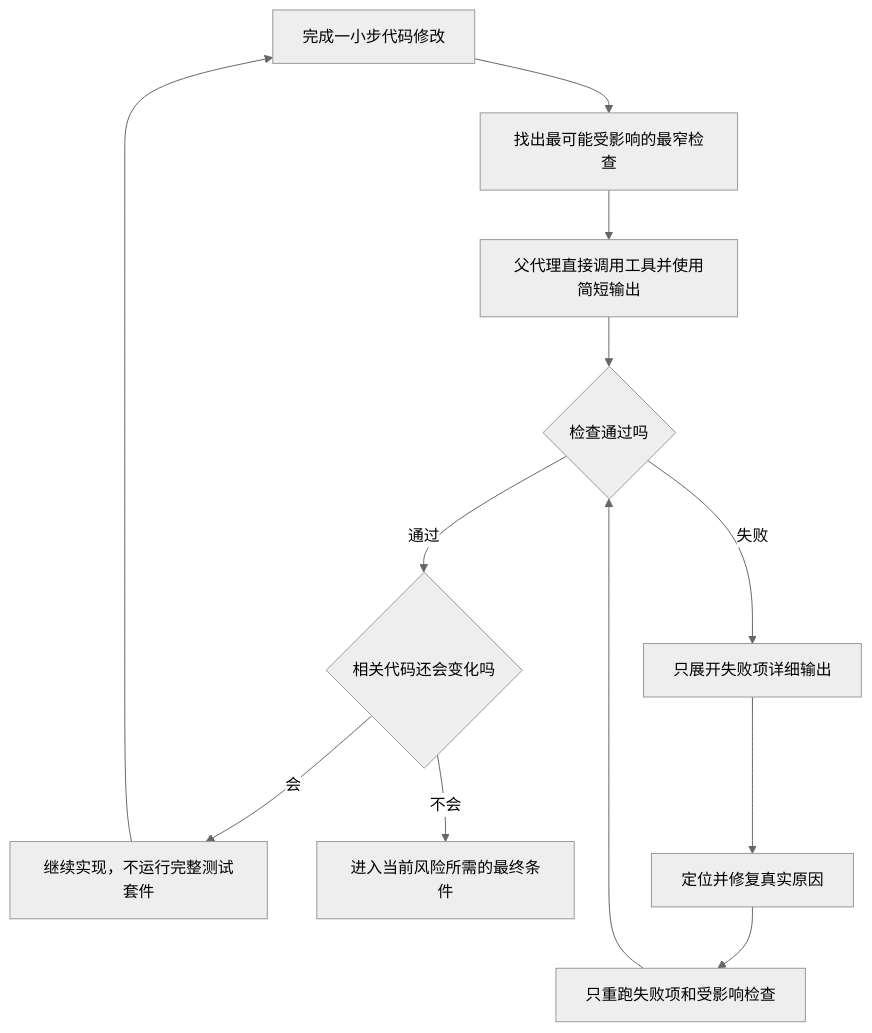
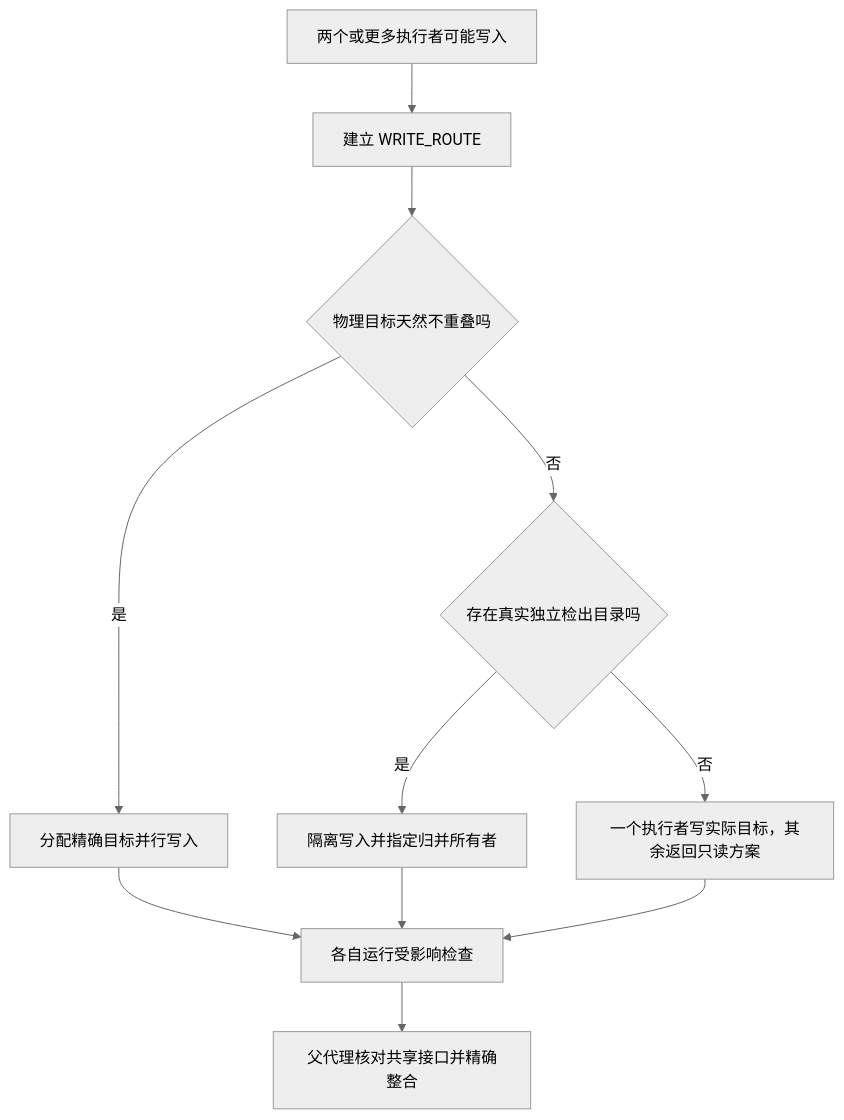
The seventh of 17 diagrams in skills/lean-stack/references/flowcharts-zh.md (Lang45/codex-lean-stack), drawn with Mermaid (neutral theme) before and after one commit. The commit also changed other lines of this file and 26 other files, not shown here.

````diff
--- a/skills/lean-stack/references/flowcharts-zh.md
+++ b/skills/lean-stack/references/flowcharts-zh.md
@@ -517,14 +163,13 @@
 ```mermaid
 flowchart TD
-    A[完成一小步代码修改] --> B[找出最可能受影响的最窄检查]
-    B --> C[父代理直接调用工具并使用简短输出]
-    C --> D{检查通过吗}
-    D -->|通过| E{相关代码还会变化吗}
-    E -->|会| F[继续实现，不运行完整测试套件]
-    F --> A
-    E -->|不会| G[进入当前风险所需的最终条件]
-    D -->|失败| H[只展开失败项详细输出]
-    H --> I[定位并修复真实原因]
-    I --> J[只重跑失败项和受影响检查]
-    J --> D
+    A[两个或更多执行者可能写入] --> B[建立 WRITE_ROUTE]
+    B --> C{物理目标天然不重叠吗}
+    C -->|是| D[分配精确目标并行写入]
+    C -->|否| E{存在真实独立检出目录吗}
+    E -->|是| F[隔离写入并指定归并所有者]
+    E -->|否| G[一个执行者写实际目标，其余返回只读方案]
+    D --> H[各自运行受影响检查]
+    F --> H
+    G --> H
+    H --> I[父代理核对共享接口并精确整合]
 ```
````
